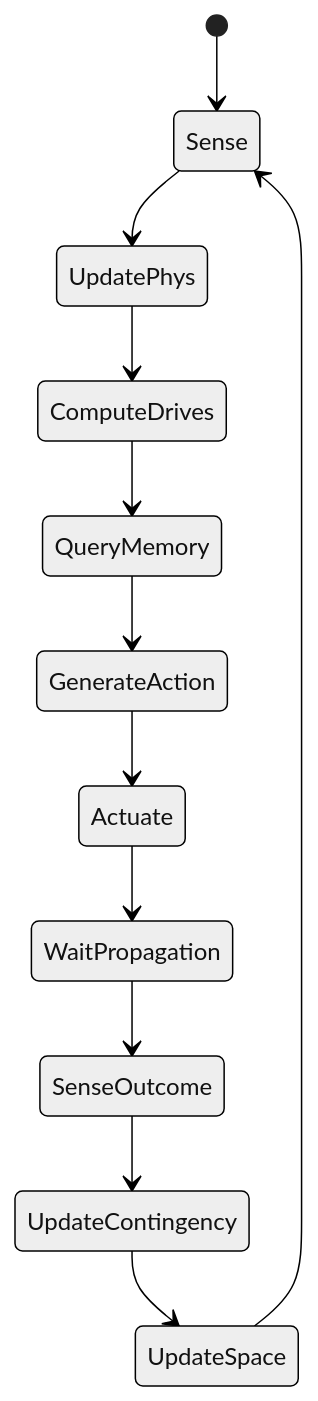
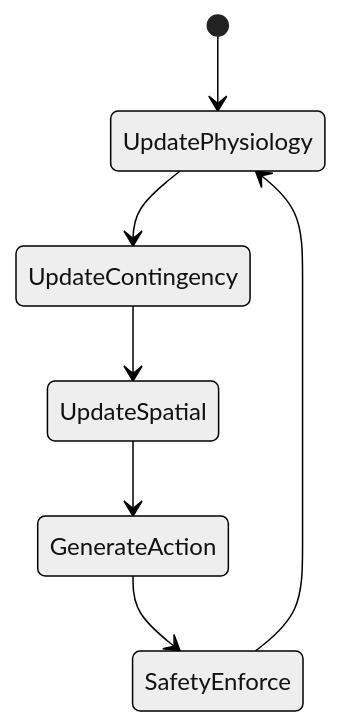
Before and after one commit to sloev/emergent: the third of 5 diagrams in docs/synth-behavior.md, drawn with Mermaid (neutral theme). The commit also changed other lines of this file and 4 other files, not shown here.

````diff
--- a/docs/synth-behavior.md
+++ b/docs/synth-behavior.md
@@ -454,16 +455,10 @@
 ```mermaid
 stateDiagram-v2
-    [*] --> Sense
+    [*] --> UpdatePhysiology
 
-    Sense --> UpdatePhys
-    UpdatePhys --> ComputeDrives
-    ComputeDrives --> QueryMemory
-    QueryMemory --> GenerateAction
-    GenerateAction --> Actuate
-    Actuate --> WaitPropagation
-    WaitPropagation --> SenseOutcome
-    SenseOutcome --> UpdateContingency
-    UpdateContingency --> UpdateSpace
-    UpdateSpace --> Sense
-
+    UpdatePhysiology --> UpdateContingency
+    UpdateContingency --> UpdateSpatial
+    UpdateSpatial --> GenerateAction
+    GenerateAction --> SafetyEnforce
+    SafetyEnforce --> UpdatePhysiology
 ```
````
